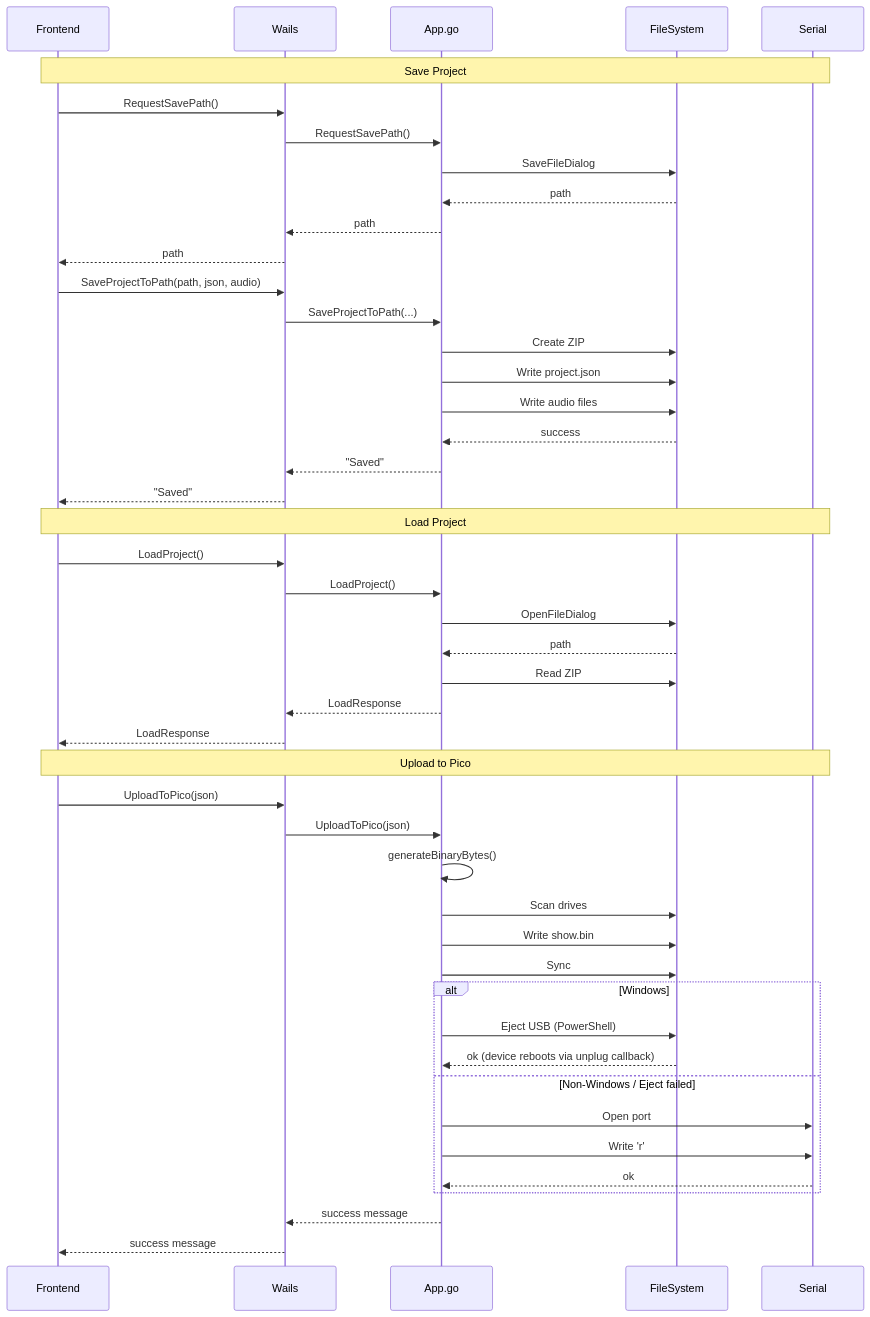
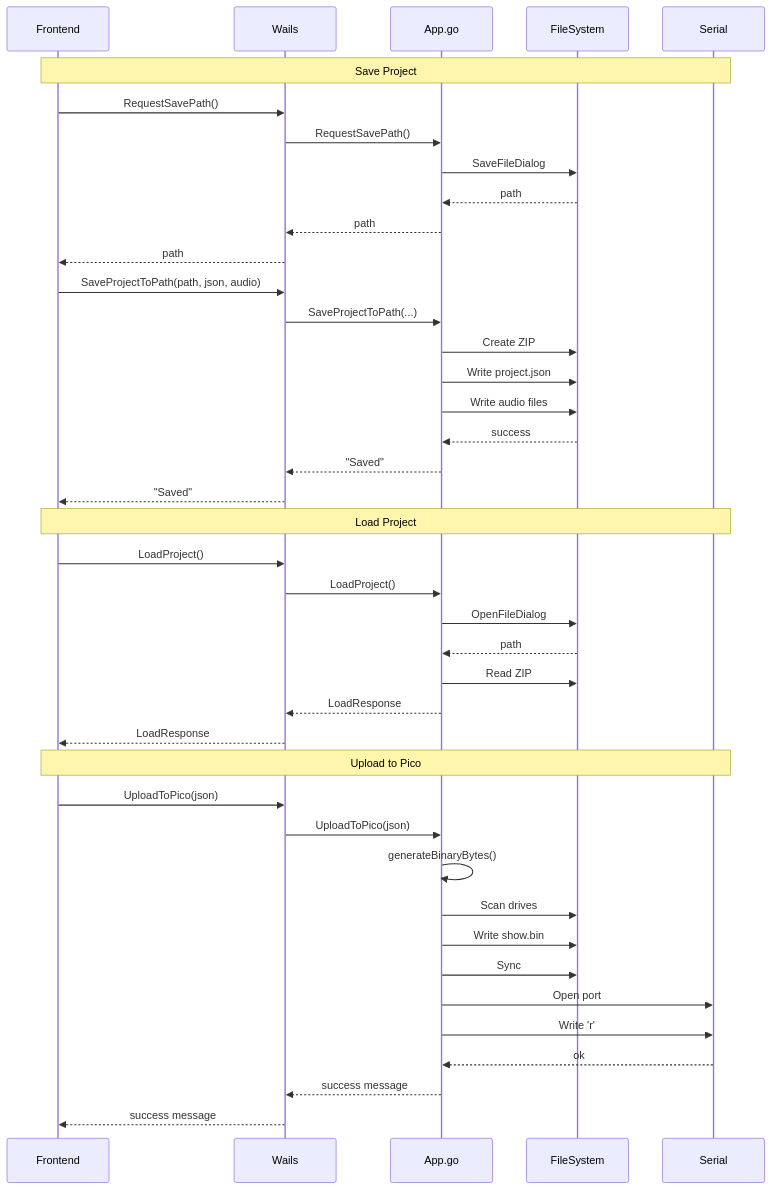
One commit to picolume/studio changed diagram 11 of 11 in SOFTWARE_REQUIREMENTS_DOCUMENT.md. Above: the diagram before and after it, drawn with Mermaid. The commit also changed other lines of this file and 5 other files, not shown here.

````diff
--- a/SOFTWARE_REQUIREMENTS_DOCUMENT.md
+++ b/SOFTWARE_REQUIREMENTS_DOCUMENT.md
@@ -1360,54 +1353,48 @@
 ```mermaid
 sequenceDiagram
     participant Frontend
     participant Wails
     participant App.go
     participant FileSystem
     participant Serial
 
     Note over Frontend,Serial: Save Project
     Frontend->>Wails: RequestSavePath()
     Wails->>App.go: RequestSavePath()
     App.go->>FileSystem: SaveFileDialog
     FileSystem-->>App.go: path
     App.go-->>Wails: path
     Wails-->>Frontend: path
 
     Frontend->>Wails: SaveProjectToPath(path, json, audio)
     Wails->>App.go: SaveProjectToPath(...)
     App.go->>FileSystem: Create ZIP
     App.go->>FileSystem: Write project.json
     App.go->>FileSystem: Write audio files
     FileSystem-->>App.go: success
     App.go-->>Wails: "Saved"
     Wails-->>Frontend: "Saved"
 
     Note over Frontend,Serial: Load Project
     Frontend->>Wails: LoadProject()
     Wails->>App.go: LoadProject()
     App.go->>FileSystem: OpenFileDialog
     FileSystem-->>App.go: path
     App.go->>FileSystem: Read ZIP
     App.go-->>Wails: LoadResponse
     Wails-->>Frontend: LoadResponse
 
     Note over Frontend,Serial: Upload to Pico
     Frontend->>Wails: UploadToPico(json)
     Wails->>App.go: UploadToPico(json)
     App.go->>App.go: generateBinaryBytes()
     App.go->>FileSystem: Scan drives
     App.go->>FileSystem: Write show.bin
     App.go->>FileSystem: Sync
-
-    alt Windows
-        App.go->>FileSystem: Eject USB (PowerShell)
-        FileSystem-->>App.go: ok (device reboots via unplug callback)
-    else Non-Windows / Eject failed
-        App.go->>Serial: Open port
-        App.go->>Serial: Write 'r'
-        Serial-->>App.go: ok
-    end
+    App.go->>Serial: Open port
+    App.go->>Serial: Write 'r'
+    Serial-->>App.go: ok
 
     App.go-->>Wails: success message
     Wails-->>Frontend: success message
 ```
````
